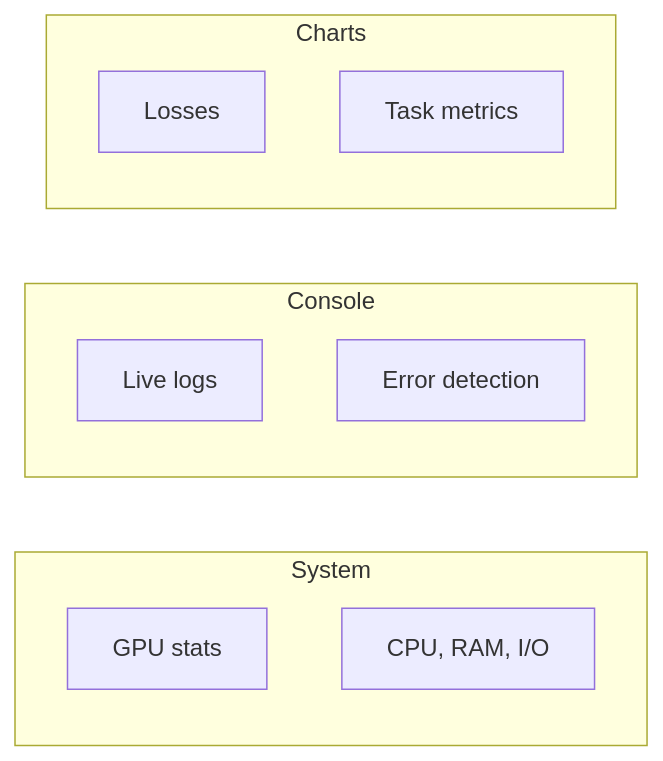
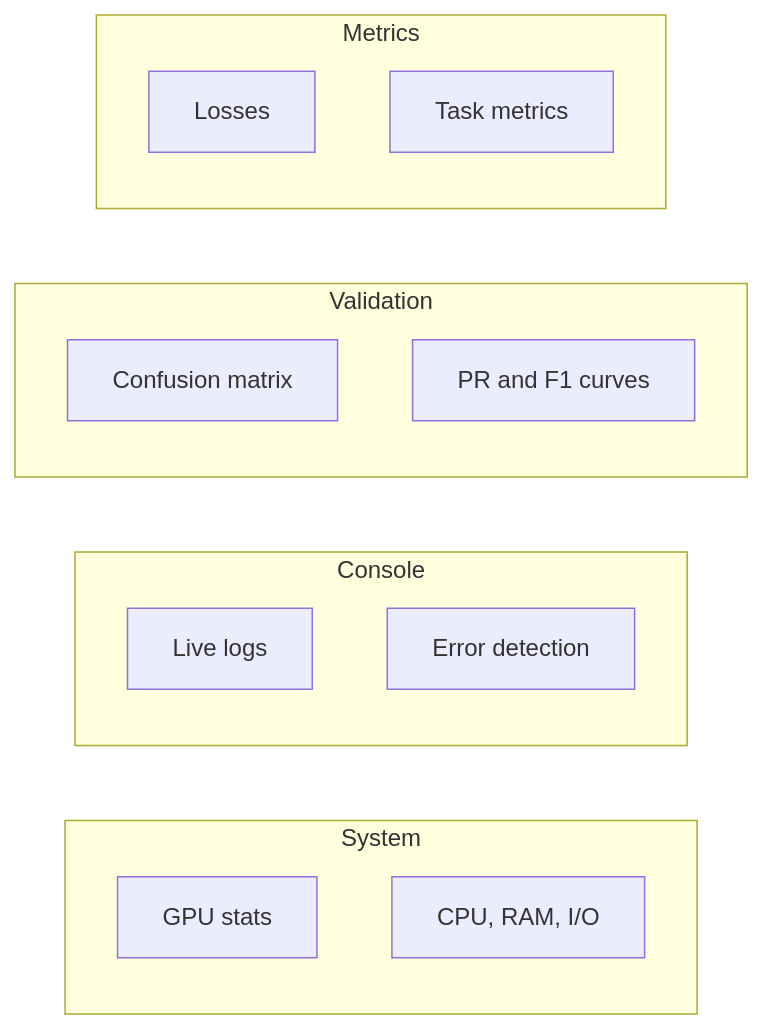
One commit to ultralytics/ultralytics changed the second of 2 diagrams in docs/en/platform/train/index.md. Above: the diagram before and after it, drawn with Mermaid. The commit also changed other lines of this file and 3 other files, not shown here.

Commit message:
Describe the Train tab's Metrics and Validation subtabs in the Platform docs

````diff
--- a/docs/en/platform/train/index.md
+++ b/docs/en/platform/train/index.md
@@ -88,20 +88,26 @@
 ```mermaid
 flowchart TD
-    subgraph charts["Charts"]
+    subgraph metrics["Metrics"]
         direction TB
         A[Losses]
         B[Task metrics]
     end
+    subgraph validation["Validation"]
+        direction TB
+        C[Confusion matrix]
+        D[PR and F1 curves]
+    end
     subgraph console["Console"]
         direction TB
-        C[Live logs]
-        D[Error detection]
+        E[Live logs]
+        F[Error detection]
     end
     subgraph system["System"]
         direction TB
-        E[GPU stats]
-        F["CPU, RAM, I/O"]
+        G[GPU stats]
+        H["CPU, RAM, I/O"]
     end
-    charts ~~~ console
+    metrics ~~~ validation
+    validation ~~~ console
     console ~~~ system
 ```
````
